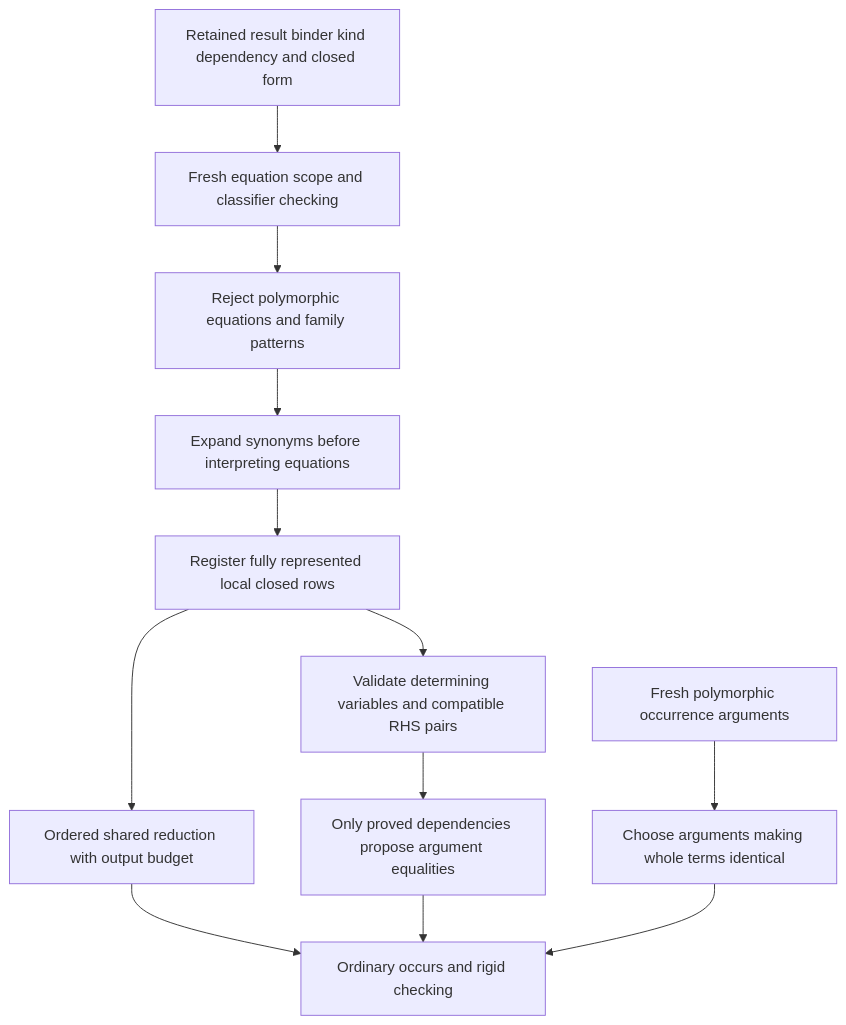
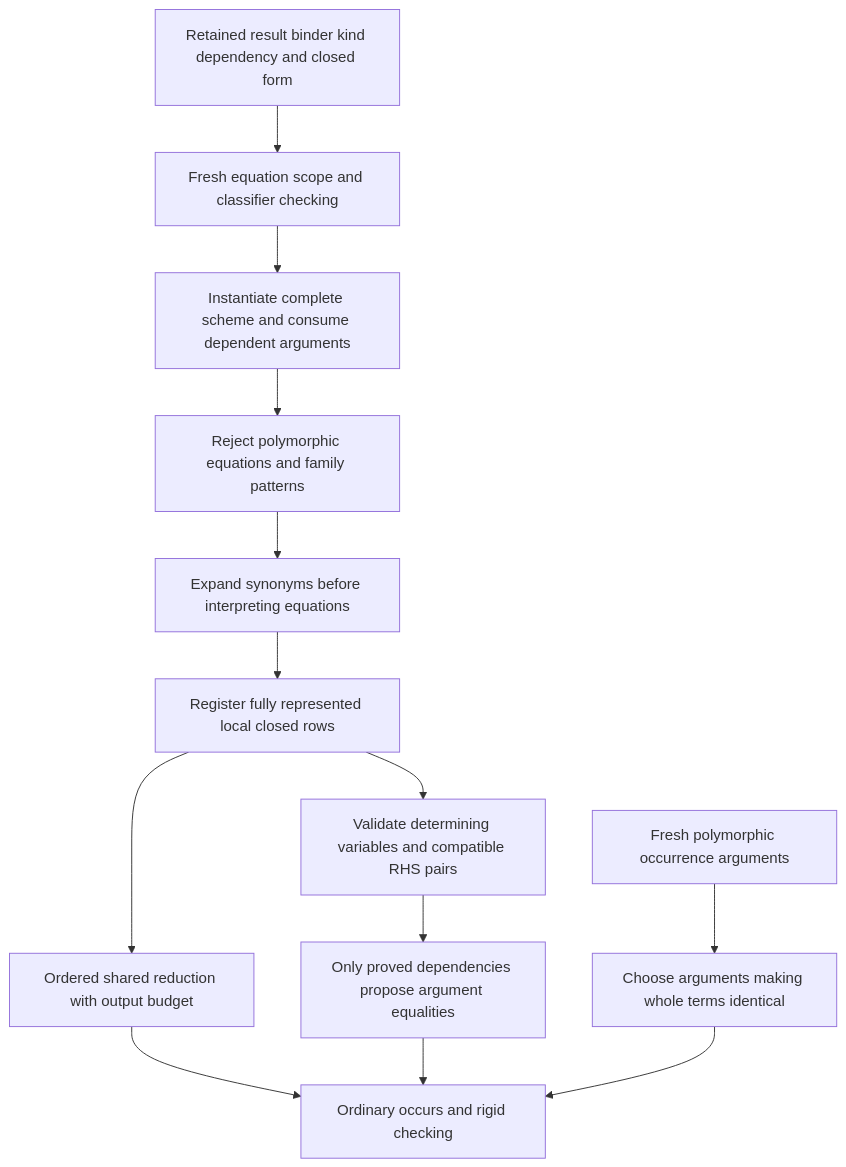
One commit to loveJesus/haskelujah-chirho changed the eighth of 8 diagrams in spec-chirho/workflows-chirho/language-features-chirho/declaration-kinds-chirho.md. Above: the diagram before and after it, drawn with Mermaid. The commit also changed other lines of this file and 13 other files, not shown here.

````diff
--- a/spec-chirho/workflows-chirho/language-features-chirho/declaration-kinds-chirho.md
+++ b/spec-chirho/workflows-chirho/language-features-chirho/declaration-kinds-chirho.md
@@ -329,14 +355,15 @@
 ```mermaid
 flowchart TD
   FamilyMetadataChirho[Retained result binder kind dependency and closed form] --> FamilyScopeChirho[Fresh equation scope and classifier checking]
-  FamilyScopeChirho --> EquationValidityChirho[Reject polymorphic equations and family patterns]
+  FamilyScopeChirho --> RowSchemeChirho[Instantiate complete scheme and consume dependent arguments]
+  RowSchemeChirho --> EquationValidityChirho[Reject polymorphic equations and family patterns]
   EquationValidityChirho --> TransparentAliasesChirho[Expand synonyms before interpreting equations]
   TransparentAliasesChirho --> FamilyRowsChirho[Register fully represented local closed rows]
   FamilyRowsChirho --> ForwardChirho[Ordered shared reduction with output budget]
   FamilyRowsChirho --> ValidateInverseChirho[Validate determining variables and compatible RHS pairs]
   ValidateInverseChirho --> InverseChirho[Only proved dependencies propose argument equalities]
   ForwardChirho --> KindEqualityChirho[Ordinary occurs and rigid checking]
   InverseChirho --> KindEqualityChirho
   FreshOccurrenceChirho[Fresh polymorphic occurrence arguments] --> ForwardMatchChirho[Choose arguments making whole terms identical]
   ForwardMatchChirho --> KindEqualityChirho
 ```
````
